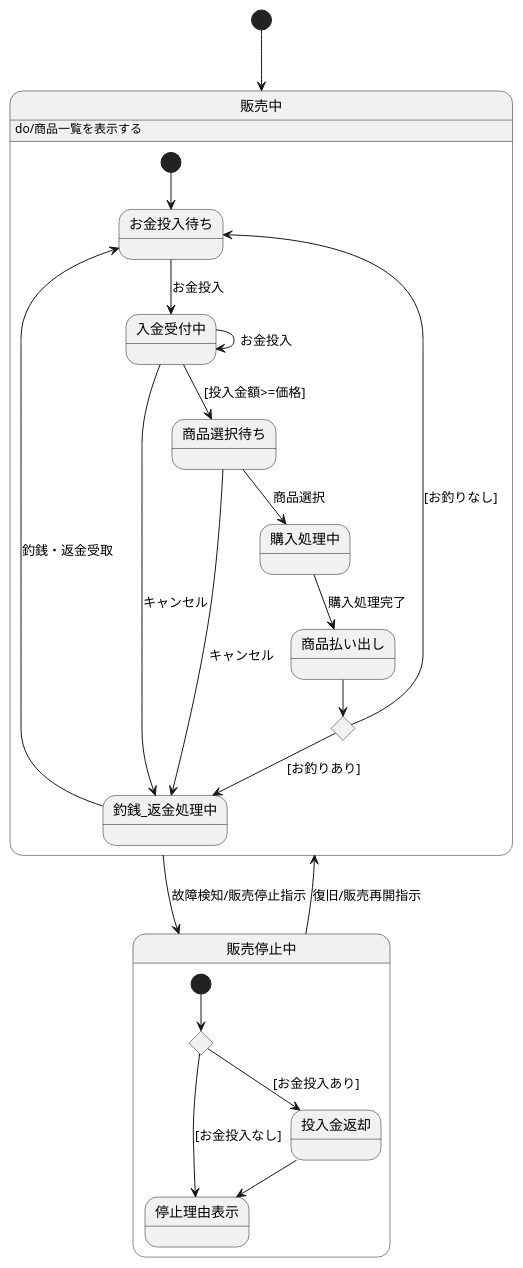
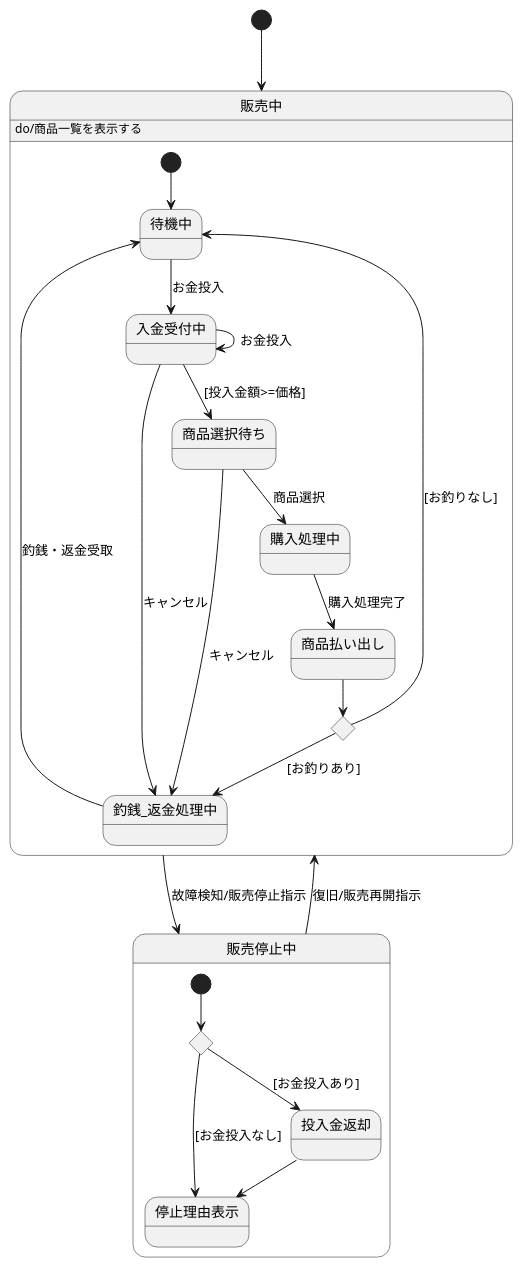
The diagram in ステートマシン図/自動販売機のステートマシン図.wsd (masaki-kato-119/VendingMachine), drawn with PlantUML before and after one commit. The commit also changed 32 other files, not shown here.

Commit message:
Created a functional activity diagram and ensured overall consistency

```diff
--- a/ステートマシン図/自動販売機のステートマシン図.wsd
+++ b/ステートマシン図/自動販売機のステートマシン図.wsd
@@ -1,37 +1,37 @@
 @startuml
 [*] --> 販売中
 
 state 販売中 {
     販売中 : do/商品一覧を表示する
 
-    [*] --> お金投入待ち
-    お金投入待ち --> 入金受付中 : お金投入
+    [*] --> 待機中
+    待機中 --> 入金受付中 : お金投入
     入金受付中 --> 入金受付中 : お金投入
     入金受付中 --> 商品選択待ち : [投入金額>=価格]
     入金受付中 --> 釣銭_返金処理中 : キャンセル
 
 
     商品選択待ち --> 購入処理中 : 商品選択
     商品選択待ち --> 釣銭_返金処理中 : キャンセル
     購入処理中 --> 商品払い出し : 購入処理完了
 
     state c2 <<choice>>
     商品払い出し --> c2
     c2 --> 釣銭_返金処理中 : [お釣りあり]
-    c2 --> お金投入待ち : [お釣りなし]
+    c2 --> 待機中 : [お釣りなし]
 
-    釣銭_返金処理中 --> お金投入待ち : 釣銭・返金受取
+    釣銭_返金処理中 --> 待機中 : 釣銭・返金受取
 }
 
 販売中 --> 販売停止中 : 故障検知/販売停止指示
 販売停止中 --> 販売中 : 復旧/販売再開指示
 
 state 販売停止中 {
     state c <<choice>>
     [*] --> c
     c --> 停止理由表示: [お金投入なし]
     c --> 投入金返却 : [お金投入あり]
     投入金返却 --> 停止理由表示
 }
 
 @enduml
```
